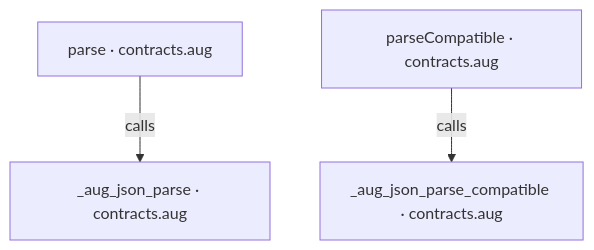
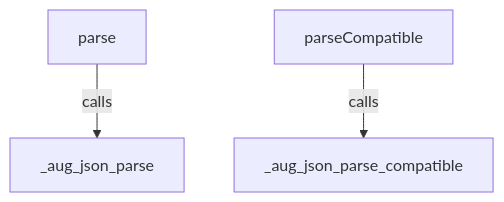
Before and after one commit to GreenPandaStudios/augscript: the first of 3 diagrams in src/stdlib/json/contracts.aug.diagrams.md, drawn with Mermaid. The commit also changed other lines of this file and 524 other files, not shown here.

Commit message:
Explain checked data flow at folder and service levels

````diff
--- a/src/stdlib/json/contracts.aug.diagrams.md
+++ b/src/stdlib/json/contracts.aug.diagrams.md
@@ -13,9 +11,9 @@
 ```mermaid
 flowchart TD
-    n0["_aug_json_parse · contracts.aug"]
-    n1["_aug_json_parse_compatible · contracts.aug"]
-    n2["parse · contracts.aug"]
-    n3["parseCompatible · contracts.aug"]
+    n0["_aug_json_parse"]
+    n1["_aug_json_parse_compatible"]
+    n2["parse"]
+    n3["parseCompatible"]
     n2 -->|"calls"| n0
     n3 -->|"calls"| n1
 ```
````
